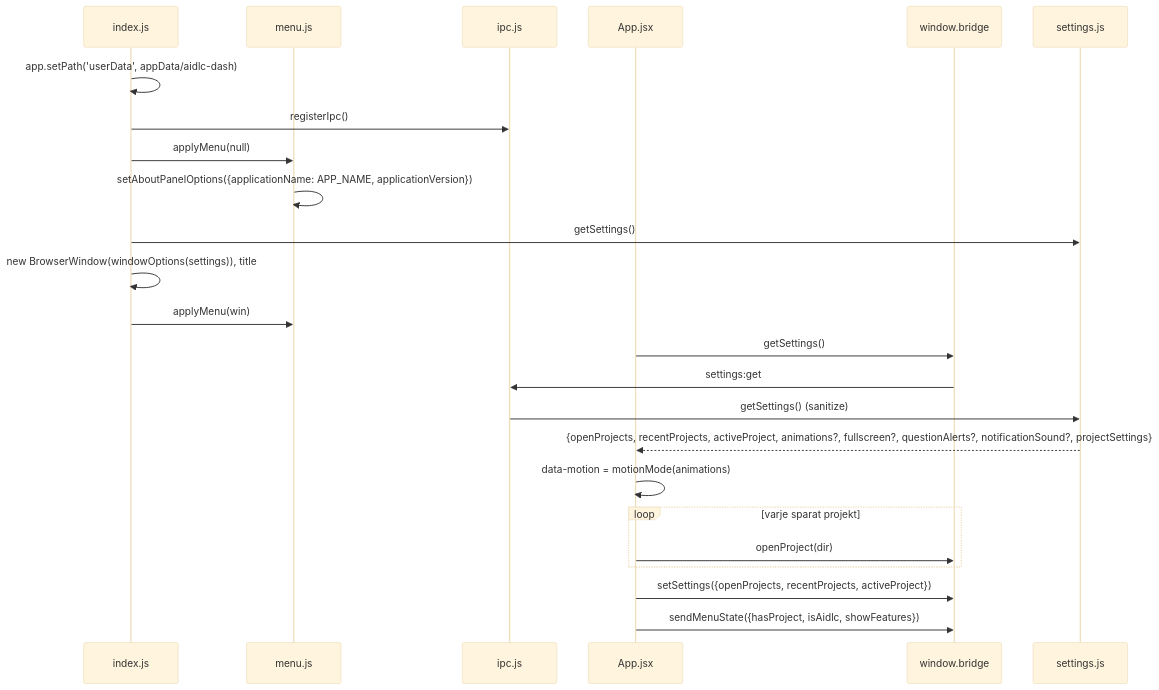
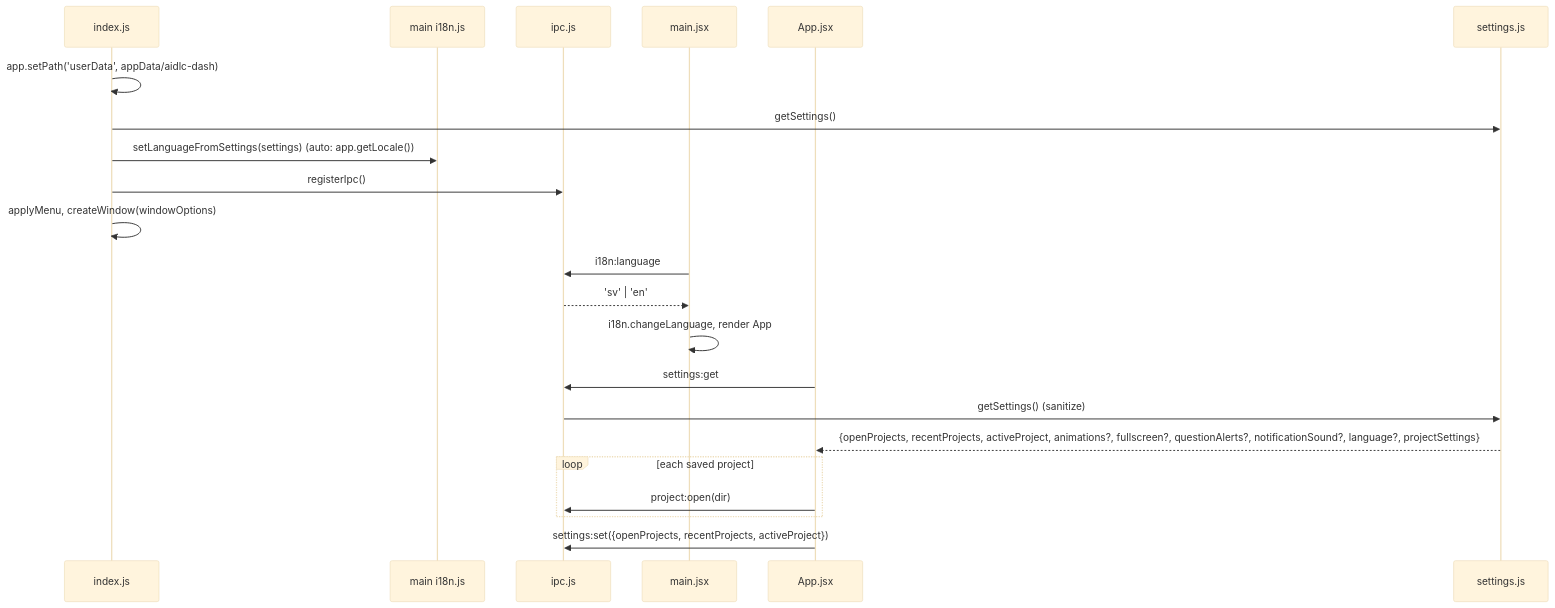
One commit to tochman/ai-dlc-thadeus changed the fourth of 8 diagrams in aidlc/spaces/default/codekb/aidlc-dash/architecture.md. Above: the diagram before and after it, drawn with Mermaid (base theme). The commit also changed other lines of this file and 35 other files, not shown here.

````diff
--- a/aidlc/spaces/default/codekb/aidlc-dash/architecture.md
+++ b/aidlc/spaces/default/codekb/aidlc-dash/architecture.md
@@ -155,26 +148,24 @@
 ```mermaid
 sequenceDiagram
   participant Main as index.js
-  participant Menu as menu.js
+  participant I18M as main i18n.js
   participant IPC as ipc.js
+  participant Boot as main.jsx
   participant App as App.jsx
-  participant Bridge as window.bridge
   participant ST as settings.js
   Main->>Main: app.setPath('userData', appData/aidlc-dash)
+  Main->>ST: getSettings()
+  Main->>I18M: setLanguageFromSettings(settings) (auto: app.getLocale())
   Main->>IPC: registerIpc()
-  Main->>Menu: applyMenu(null)
-  Menu->>Menu: setAboutPanelOptions({applicationName: APP_NAME, applicationVersion})
-  Main->>ST: getSettings()
-  Main->>Main: new BrowserWindow(windowOptions(settings)), title
-  Main->>Menu: applyMenu(win)
-  App->>Bridge: getSettings()
-  Bridge->>IPC: settings:get
+  Main->>Main: applyMenu, createWindow(windowOptions)
+  Boot->>IPC: i18n:language
+  IPC-->>Boot: 'sv' | 'en'
+  Boot->>Boot: i18n.changeLanguage, render App
+  App->>IPC: settings:get
   IPC->>ST: getSettings() (sanitize)
-  ST-->>App: {openProjects, recentProjects, activeProject, animations?, fullscreen?, questionAlerts?, notificationSound?, projectSettings}
-  App->>App: data-motion = motionMode(animations)
-  loop varje sparat projekt
-    App->>Bridge: openProject(dir)
+  ST-->>App: {openProjects, recentProjects, activeProject, animations?, fullscreen?, questionAlerts?, notificationSound?, language?, projectSettings}
+  loop each saved project
+    App->>IPC: project:open(dir)
   end
-  App->>Bridge: setSettings({openProjects, recentProjects, activeProject})
-  App->>Bridge: sendMenuState({hasProject, isAidlc, showFeatures})
+  App->>IPC: settings:set({openProjects, recentProjects, activeProject})
 ```
````
